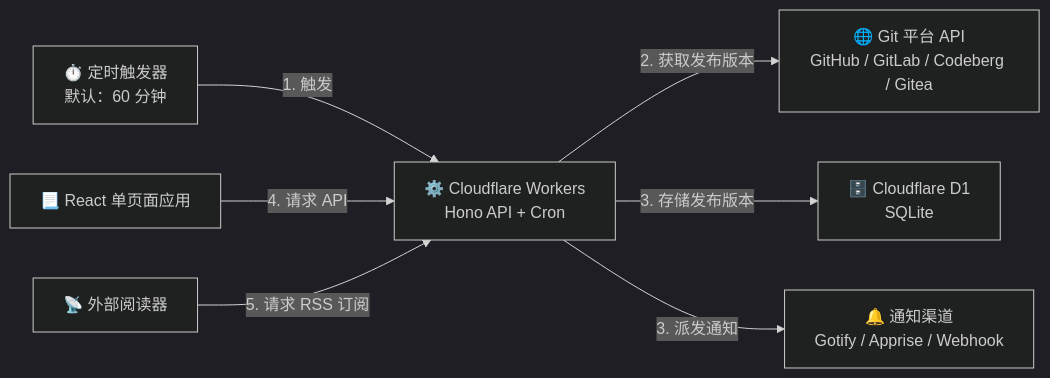
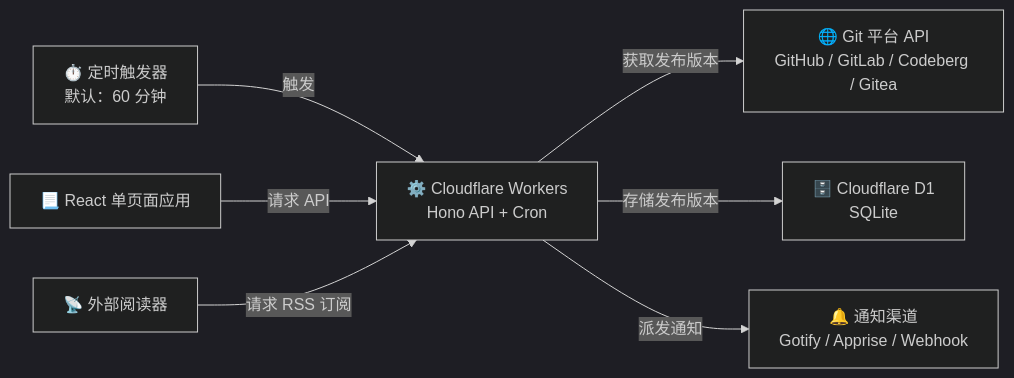
The diagram in README.zh-CN.md (yonzilch/srrm), drawn with Mermaid (dark theme) before and after one commit. The commit also changed 1 other file, not shown here.

Commit message:
docs: fix mermaid in README

````diff
--- a/README.zh-CN.md
+++ b/README.zh-CN.md
@@ -16,11 +16,11 @@
 ```mermaid
 flowchart LR
-    Cron[⏱️ 定时触发器<br/>默认：60 分钟] -- 1. 触发 --> B[⚙️ Cloudflare Workers<br/>Hono API + Cron]
-    B -- 2. 获取发布版本 --> D[🌐 Git 平台 API<br/>GitHub / GitLab / Codeberg / Gitea]
+    Cron[⏱️ 定时触发器<br/>默认：60 分钟] -- 触发 --> B[⚙️ Cloudflare Workers<br/>Hono API + Cron]
+    B -- 获取发布版本 --> D[🌐 Git 平台 API<br/>GitHub / GitLab / Codeberg / Gitea]
     
-    B -- 3. 存储发布版本 --> C[🗄️ Cloudflare D1<br/>SQLite]
-    B -- 3. 派发通知 --> E[🔔 通知渠道<br/>Gotify / Apprise / Webhook]
+    B -- 存储发布版本 --> C[🗄️ Cloudflare D1<br/>SQLite]
+    B -- 派发通知 --> E[🔔 通知渠道<br/>Gotify / Apprise / Webhook]
     
-    A[📃 React 单页面应用] -- 4. 请求 API --> B
-    F[📡 外部阅读器] -- 5. 请求 RSS 订阅 --> B
+    A[📃 React 单页面应用] -- 请求 API --> B
+    F[📡 外部阅读器] -- 请求 RSS 订阅 --> B
 ```
````
